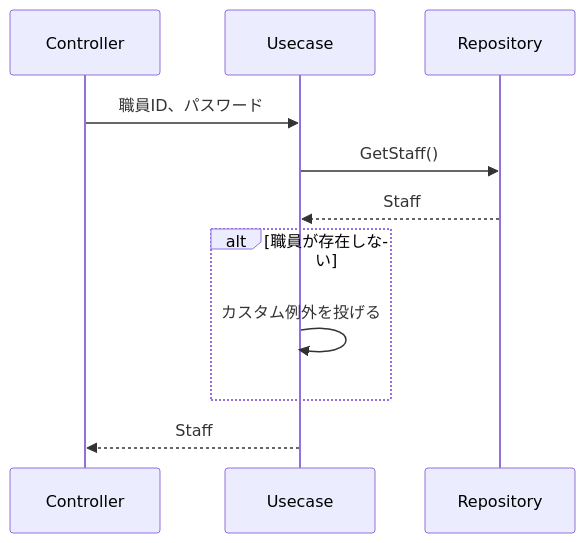
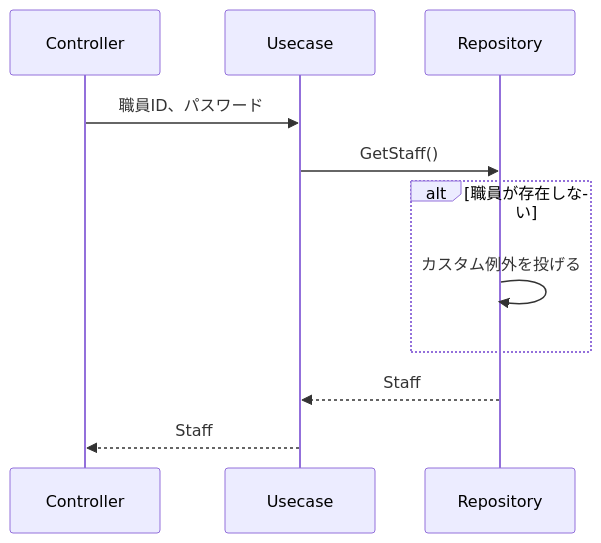
Before and after one commit to MrWangpeilin945/FlutterIOS: the fourth of 33 diagrams in Documents/API設計書/src/docs/5_ユースケース.adoc, drawn with Mermaid. The commit also changed other lines of this file, not shown here.

```diff
--- a/Documents/API設計書/src/docs/5_ユースケース.adoc
+++ b/Documents/API設計書/src/docs/5_ユースケース.adoc
@@ -60,16 +60,16 @@
 [mermaid,GetStaff-u-seq,png]
 ----
 sequenceDiagram
   participant con as Controller
   participant uc as Usecase
   participant repo as Repository
 
   con->>uc: 職員ID、パスワード
   uc->>repo: GetStaff()
+  alt 職員が存在しない
+    repo->>repo: カスタム例外を投げる
+  end
   repo-->>uc: Staff
-  alt 職員が存在しない
-    uc->>uc: カスタム例外を投げる
-  end
   uc-->>con: Staff
 
 ----
```
